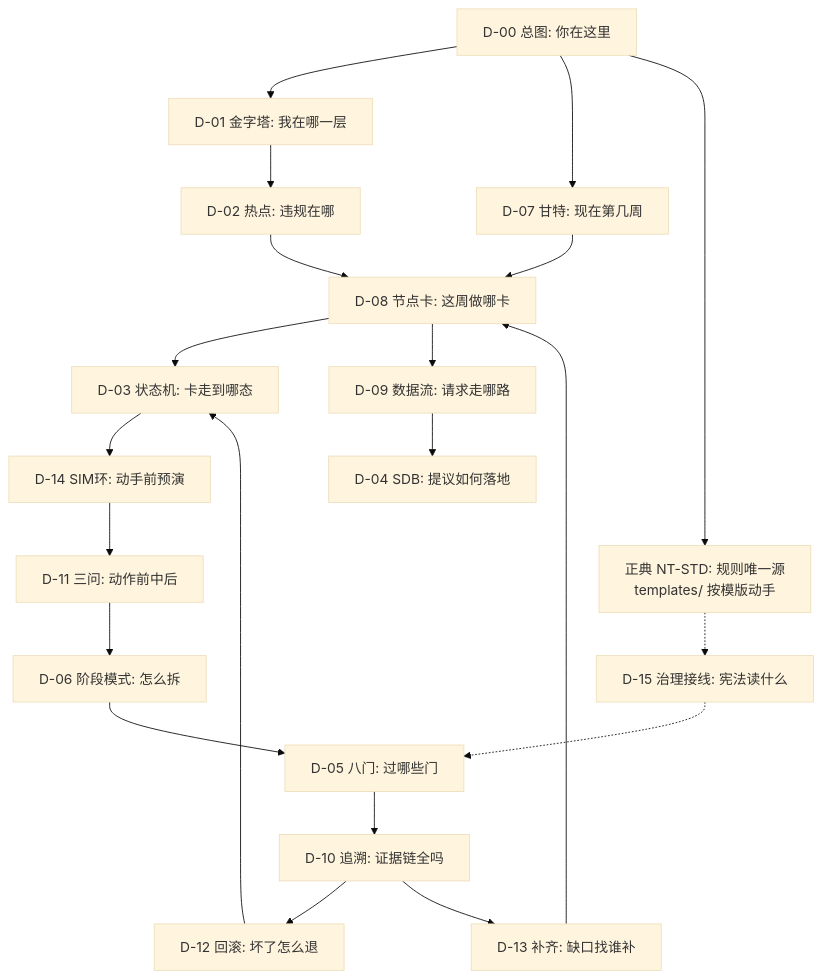
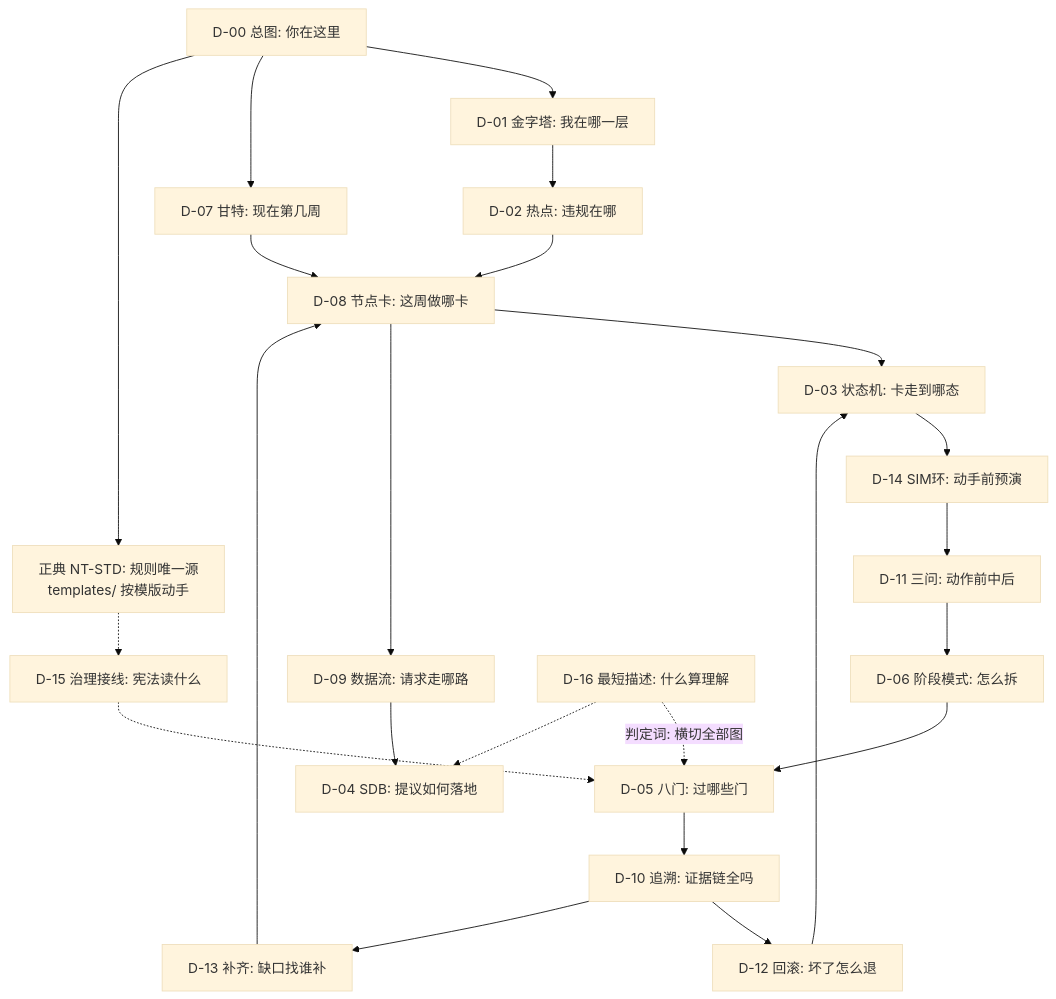
The first of 17 diagrams in docs/architecture/NEOTRIX-MASTER-BLUEPRINT.md (neo-trixs/NeoTrix), drawn with Mermaid (base theme) before and after one commit. The commit also changed other lines of this file and 3 other files, not shown here.

````diff
--- a/docs/architecture/NEOTRIX-MASTER-BLUEPRINT.md
+++ b/docs/architecture/NEOTRIX-MASTER-BLUEPRINT.md
@@ -98,24 +102,26 @@
 ```mermaid
 graph TD
     D00[D-00 总图: 你在这里]
     D00 --> D01[D-01 金字塔: 我在哪一层]
     D00 --> D07[D-07 甘特: 现在第几周]
     D00 --> STD[正典 NT-STD: 规则唯一源<br/>templates/ 按模版动手]
     D01 --> D02[D-02 热点: 违规在哪]
     D02 --> D08[D-08 节点卡: 这周做哪卡]
     D07 --> D08
     D08 --> D03[D-03 状态机: 卡走到哪态]
     D08 --> D09[D-09 数据流: 请求走哪路]
     D09 --> D04[D-04 SDB: 提议如何落地]
     D03 --> D14[D-14 SIM环: 动手前预演]
     D14 --> D11[D-11 三问: 动作前中后]
     D11 --> D06[D-06 阶段模式: 怎么拆]
     D06 --> D05[D-05 八门: 过哪些门]
     D05 --> D10[D-10 追溯: 证据链全吗]
     D10 --> D12[D-12 回滚: 坏了怎么退]
     D10 --> D13[D-13 补齐: 缺口找谁补]
     D13 --> D08
     D12 --> D03
     D15[D-15 治理接线: 宪法读什么] -.-> D05
     STD -.-> D15
+    D16[D-16 最短描述: 什么算理解] -.->|判定词: 横切全部图| D05
+    D16 -.-> D04
 ```
````
